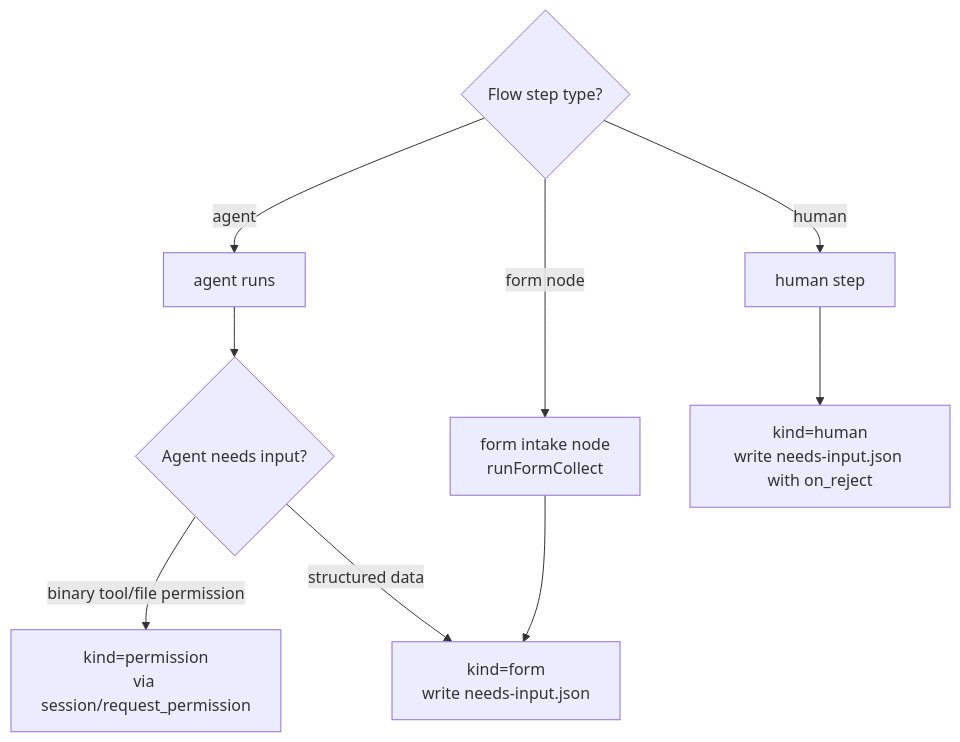
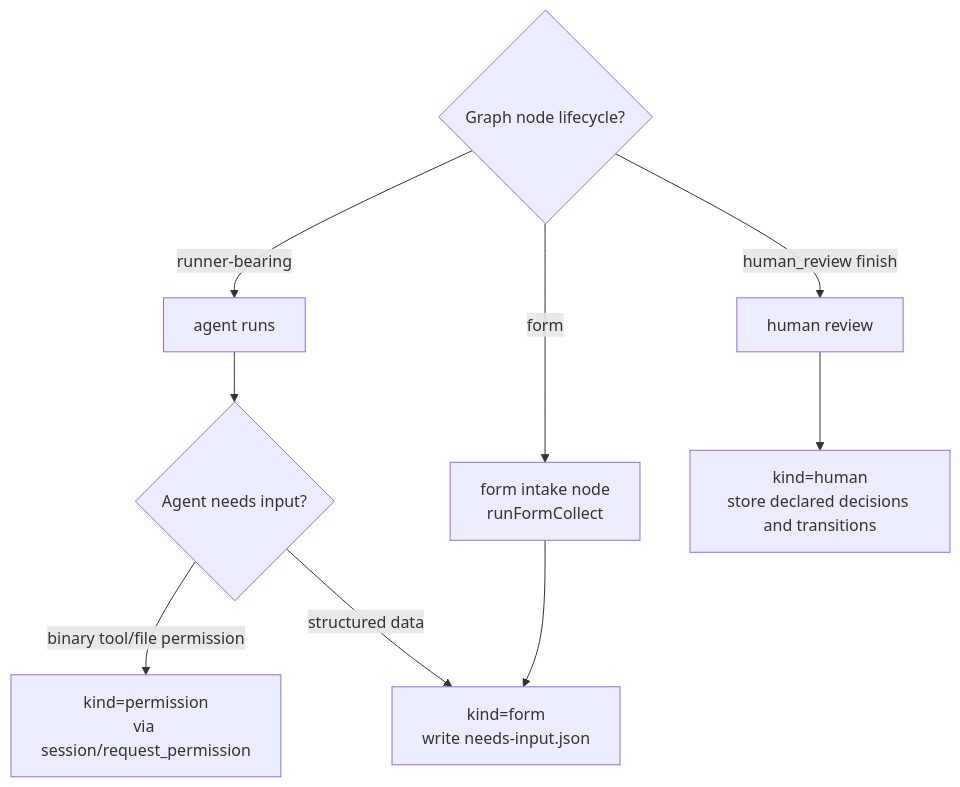
The first of 14 diagrams in docs/system-analytics/hitl.md (maister-dev/maister), drawn with Mermaid before and after one commit. The commit also changed other lines of this file and 55 other files, not shown here.

````diff
--- a/docs/system-analytics/hitl.md
+++ b/docs/system-analytics/hitl.md
@@ -121,11 +114,11 @@
 ```mermaid
 flowchart TD
-    Step{Flow step type?} -- agent --> AgentRun[agent runs]
-    Step -- form node --> FormNode[form intake node<br/>runFormCollect]
-    Step -- human --> HumanStep[human step]
+    Node{Graph node lifecycle?} -- runner-bearing --> AgentRun[agent runs]
+    Node -- form --> FormNode[form intake node<br/>runFormCollect]
+    Node -- human_review finish --> HumanStep[human review]
     AgentRun --> Ask{Agent needs input?}
     Ask -- binary tool/file permission --> Perm[kind=permission<br/>via session/request_permission]
     Ask -- structured data --> Form[kind=form<br/>write needs-input.json]
     FormNode --> Form
-    HumanStep --> Review[kind=human<br/>write needs-input.json with on_reject]
+    HumanStep --> Review[kind=human<br/>store declared decisions and transitions]
 ```
````
